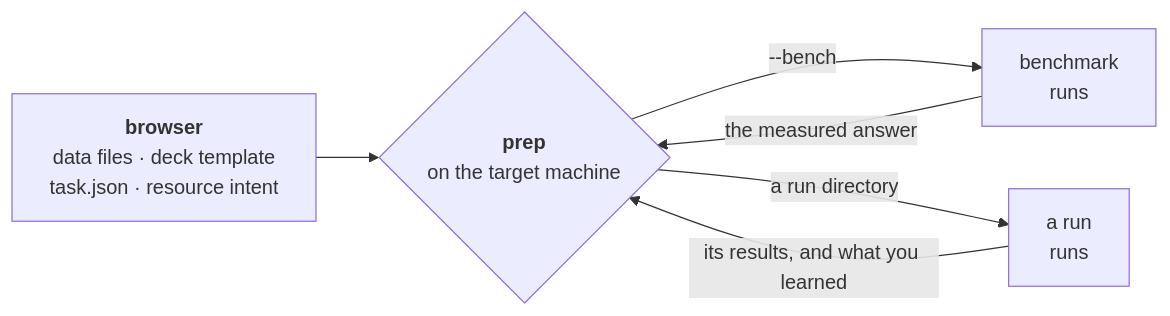
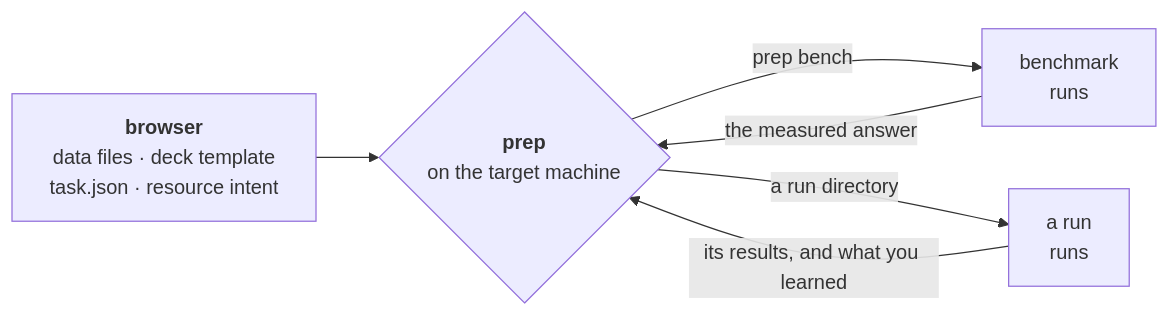
One commit to Qing-LAB/molbuilder changed the sixth of 11 diagrams in docs/execution/project-layout.md. Above: the diagram before and after it, drawn with Mermaid. The commit also changed other lines of this file and 3 other files, not shown here.

````diff
--- a/docs/execution/project-layout.md
+++ b/docs/execution/project-layout.md
@@ -744,13 +744,13 @@
 ```mermaid
 flowchart LR
     UI["<b>browser</b><br/>data files · deck template<br/>task.json · resource intent"]
     P{"<b>prep</b><br/>on the target machine"}
     B["benchmark<br/>runs"]
     R["a run<br/>runs"]
 
     UI --> P
-    P -->|"--bench"| B
+    P -->|"prep bench"| B
     B -->|"the measured answer"| P
     P -->|"a run directory"| R
     R -->|"its results, and what you learned"| P
 ```
````
